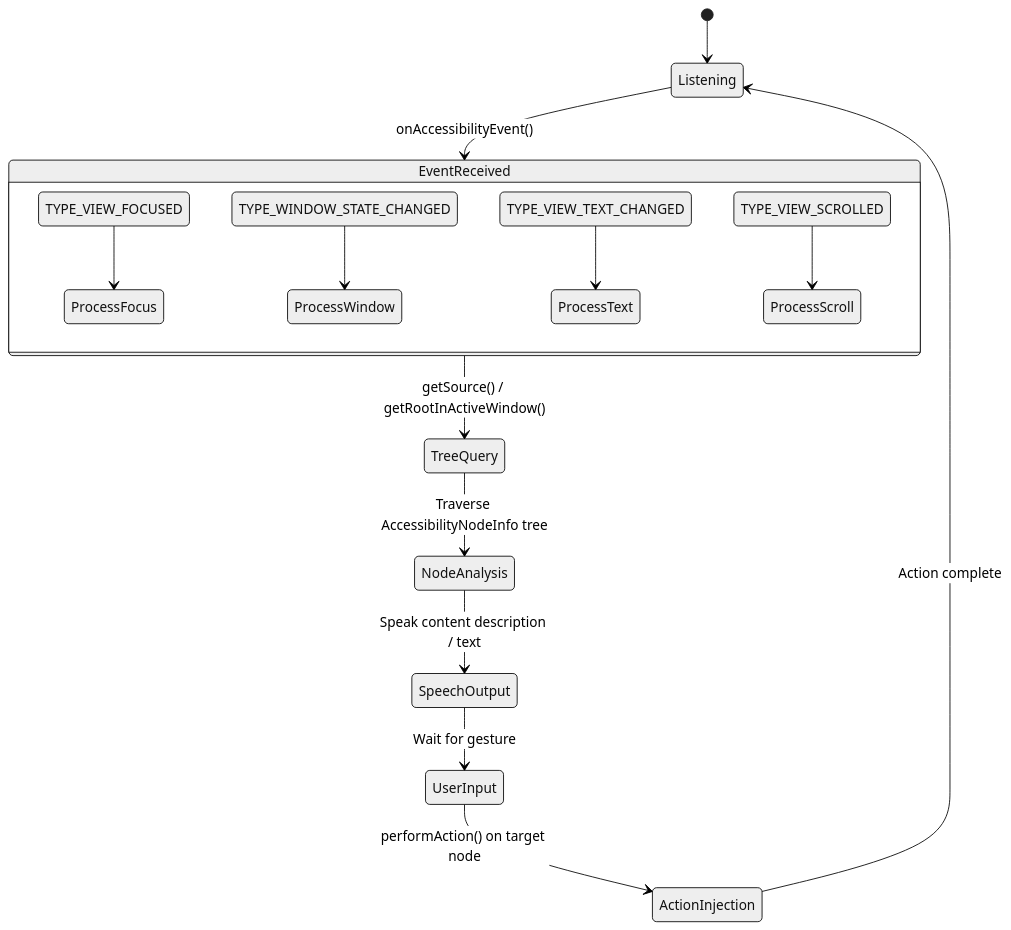
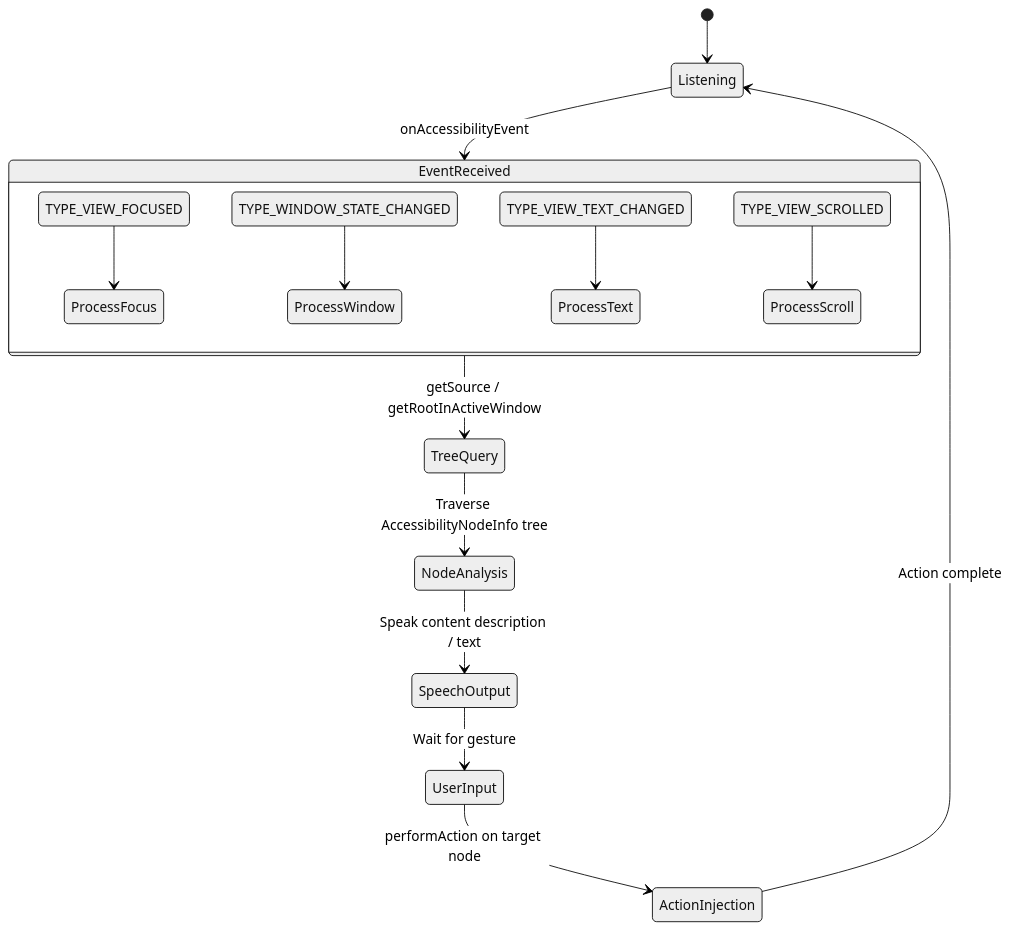
The sixth of 20 diagrams in 45-accessibility.md (fwrite0920/aosp-internal-book), drawn with Mermaid (neutral theme) before and after one commit. The commit also changed other lines of this file and 21 other files, not shown here.

First line of the commit message:
Fix Mermaid diagrams and formatting in Parts IX-XV and Appendix A (chapters 40-63)

````diff
--- a/45-accessibility.md
+++ b/45-accessibility.md
@@ -963,18 +963,18 @@
 ```mermaid
 stateDiagram-v2
     [*] --> Listening
-    Listening --> EventReceived: onAccessibilityEvent()
-    EventReceived --> TreeQuery: getSource() / getRootInActiveWindow()
+    Listening --> EventReceived: onAccessibilityEvent
+    EventReceived --> TreeQuery: getSource / getRootInActiveWindow
     TreeQuery --> NodeAnalysis: Traverse AccessibilityNodeInfo tree
     NodeAnalysis --> SpeechOutput: Speak content description / text
     SpeechOutput --> UserInput: Wait for gesture
-    UserInput --> ActionInjection: performAction() on target node
+    UserInput --> ActionInjection: performAction on target node
     ActionInjection --> Listening: Action complete
 
     state EventReceived {
         TYPE_VIEW_FOCUSED --> ProcessFocus
         TYPE_WINDOW_STATE_CHANGED --> ProcessWindow
         TYPE_VIEW_TEXT_CHANGED --> ProcessText
         TYPE_VIEW_SCROLLED --> ProcessScroll
     }
 ```
````
